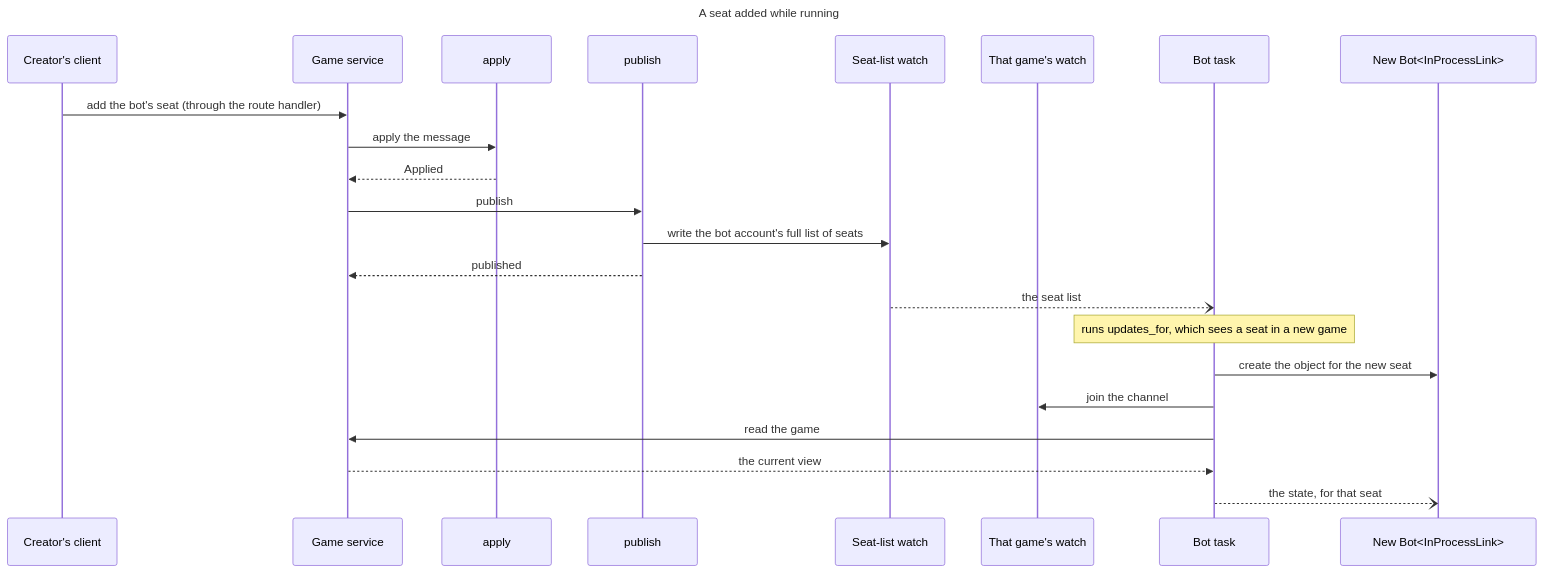
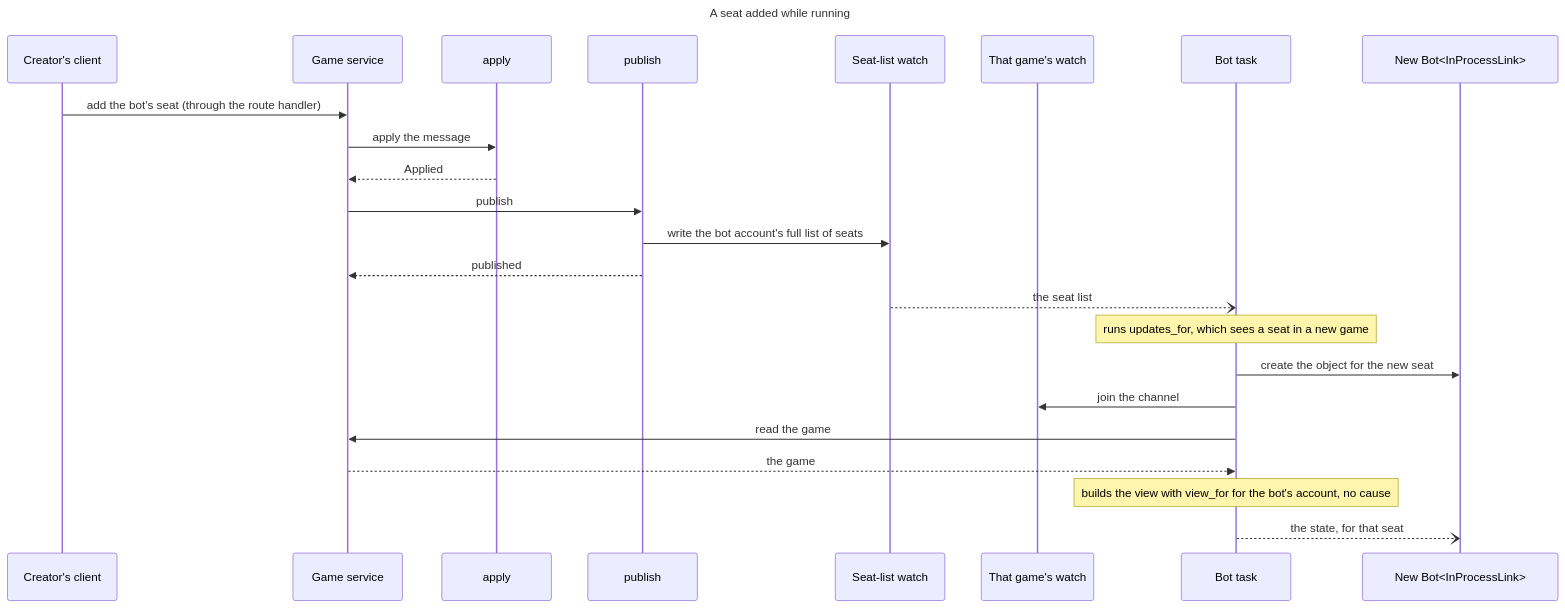
The second of 2 diagrams in applications/tile-lite-elite/3.1.7-changes/workstreams/application-game-architecture/71-one-game-model/71-data-model.md (delphside/programme), drawn with Mermaid before and after one commit. The commit also changed other lines of this file and 1 other file, not shown here.

First line of the commit message:
71 design: each bot's task feeds its objects, no Rejected frame, round 4 fixes

````diff
--- a/applications/tile-lite-elite/3.1.7-changes/workstreams/application-game-architecture/71-one-game-model/71-data-model.md
+++ b/applications/tile-lite-elite/3.1.7-changes/workstreams/application-game-architecture/71-one-game-model/71-data-model.md
@@ -962,26 +969,27 @@
 ```mermaid
 sequenceDiagram
   title A seat added while running
   participant C as Creator's client
   participant GS as Game service
   participant A as apply
   participant P as publish
   participant SW as Seat-list watch
   participant NW as That game's watch
   participant BT as Bot task
   participant NB as New Bot#lt;InProcessLink#gt;
 
   C->>GS: add the bot's seat (through the route handler)
   GS->>A: apply the message
   A-->>GS: Applied
   GS->>P: publish
   P->>SW: write the bot account's full list of seats
   P-->>GS: published
   SW--)BT: the seat list
   Note over BT: runs updates_for, which sees a seat in a new game
   BT->>NB: create the object for the new seat
   BT->>NW: join the channel
   BT->>GS: read the game
-  GS-->>BT: the current view
+  GS-->>BT: the game
+  Note over BT: builds the view with view_for for the bot's account, no cause
   BT--)NB: the state, for that seat
 ```
````
